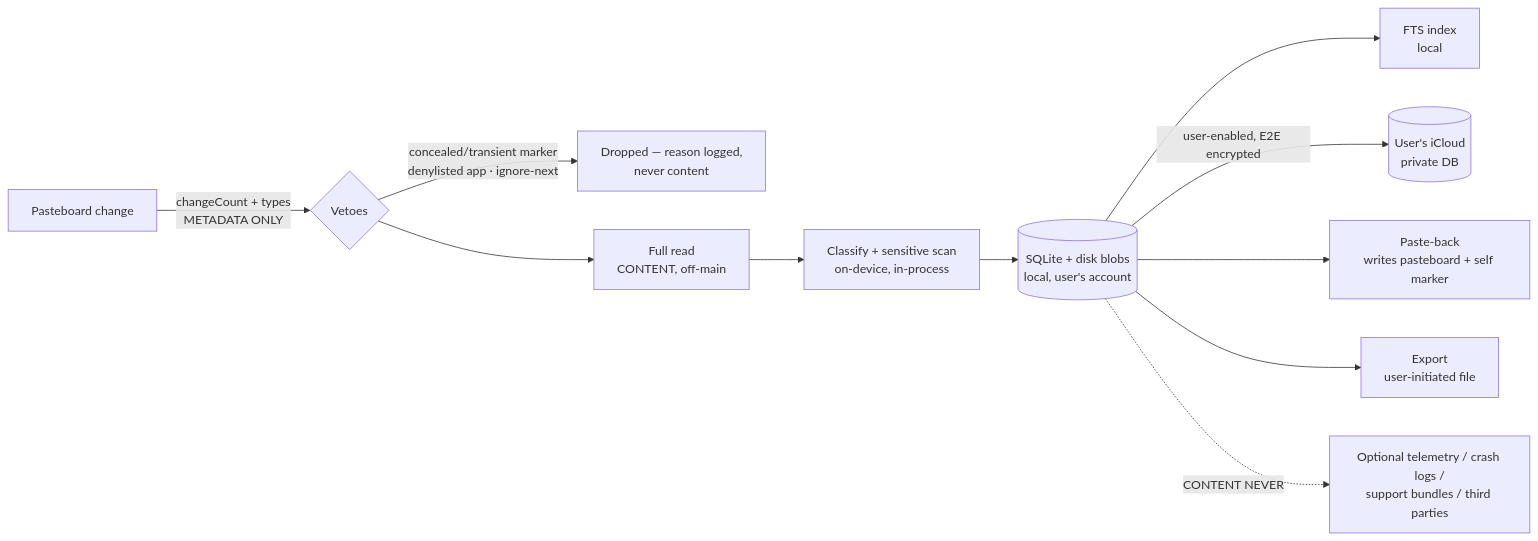
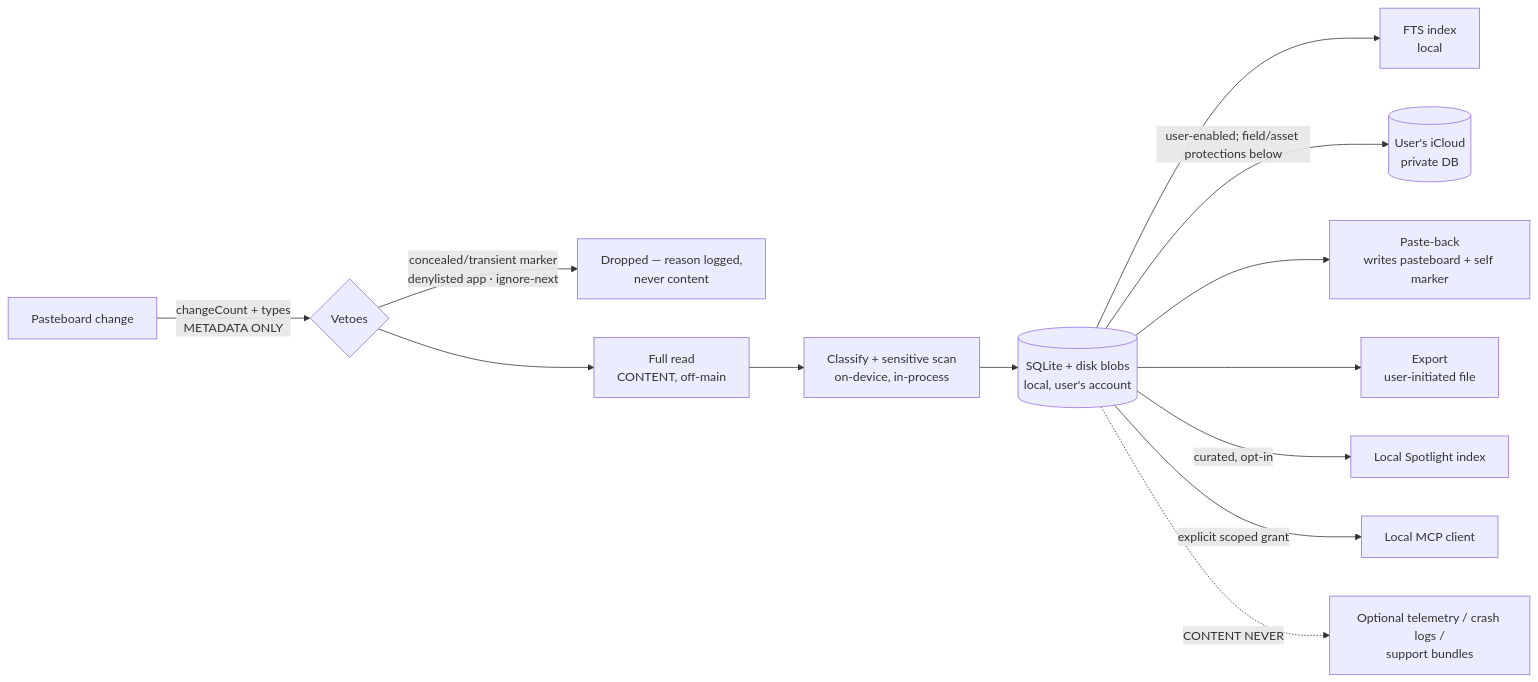
Before and after one commit to johnny4young/gancho: the diagram in docs/SECURITY-MODEL.md, drawn with Mermaid. The commit also changed other lines of this file and 16 other files, not shown here.

````diff
--- a/docs/SECURITY-MODEL.md
+++ b/docs/SECURITY-MODEL.md
@@ -10,13 +11,15 @@
 ```mermaid
 flowchart LR
     A[Pasteboard change] -->|changeCount + types\nMETADATA ONLY| B{Vetoes}
     B -->|concealed/transient marker\ndenylisted app · ignore-next| X[Dropped — reason logged,\nnever content]
     B --> C[Full read\nCONTENT, off-main]
     C --> D[Classify + sensitive scan\non-device, in-process]
     D --> E[(SQLite + disk blobs\nlocal, user's account)]
     E --> F[FTS index\nlocal]
-    E -->|user-enabled, E2E encrypted| G[(User's iCloud\nprivate DB)]
+    E -->|user-enabled; field/asset protections below| G[(User's iCloud\nprivate DB)]
     E --> H[Paste-back\nwrites pasteboard + self marker]
     E --> I[Export\nuser-initiated file]
-    E -.->|CONTENT NEVER| T[Optional telemetry / crash logs /\nsupport bundles / third parties]
+    E -->|curated, opt-in| S[Local Spotlight index]
+    E -->|explicit scoped grant| M[Local MCP client]
+    E -.->|CONTENT NEVER| T[Optional telemetry / crash logs /\nsupport bundles]
 ```
````
